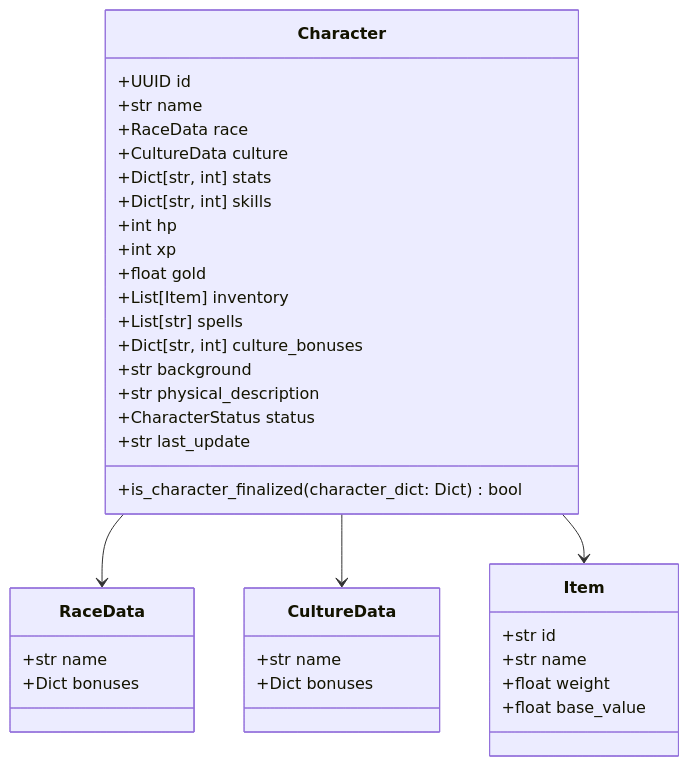
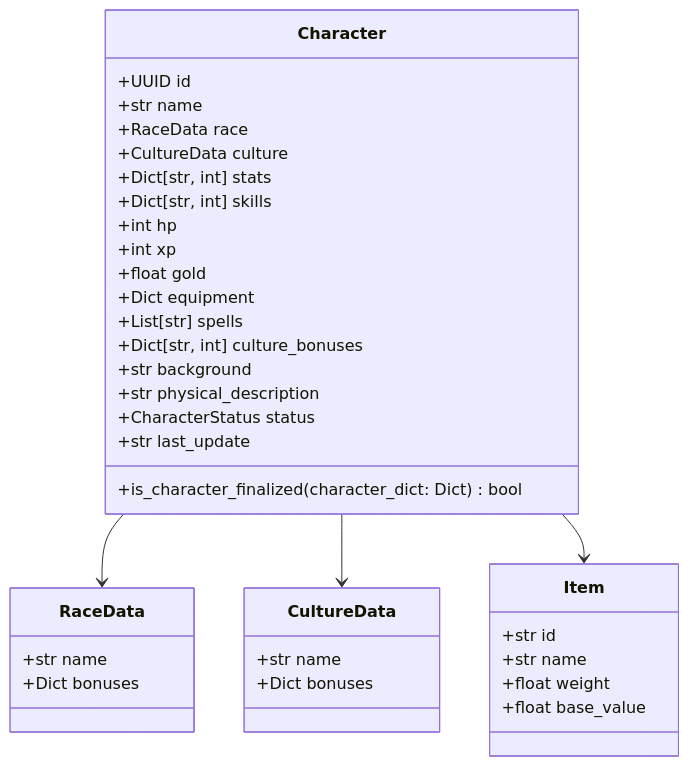
The second of 5 diagrams in README.md (cyberbobjr/jdr), drawn with Mermaid before and after one commit. The commit also changed other lines of this file and 109 other files, not shown here.

````diff
--- a/README.md
+++ b/README.md
@@ -313,39 +278,39 @@
 ```mermaid
 classDiagram
     class Character {
         +UUID id
         +str name
         +RaceData race
         +CultureData culture
         +Dict[str, int] stats
         +Dict[str, int] skills
         +int hp
         +int xp
         +float gold
-        +List[Item] inventory
+        +Dict equipment
         +List[str] spells
         +Dict[str, int] culture_bonuses
         +str background
         +str physical_description
         +CharacterStatus status
         +str last_update
         +is_character_finalized(character_dict: Dict) bool
     }
     class RaceData {
         +str name
         +Dict bonuses
     }
     class CultureData {
         +str name
         +Dict bonuses
     }
     class Item {
         +str id
         +str name
         +float weight
         +float base_value
     }
     Character --> RaceData
     Character --> CultureData
     Character --> Item
 ```
````
